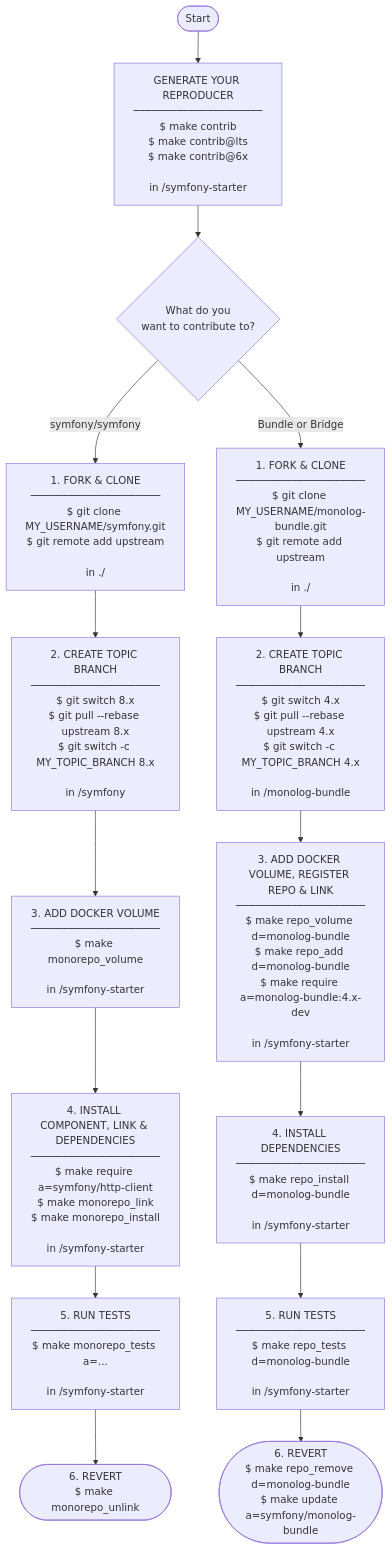
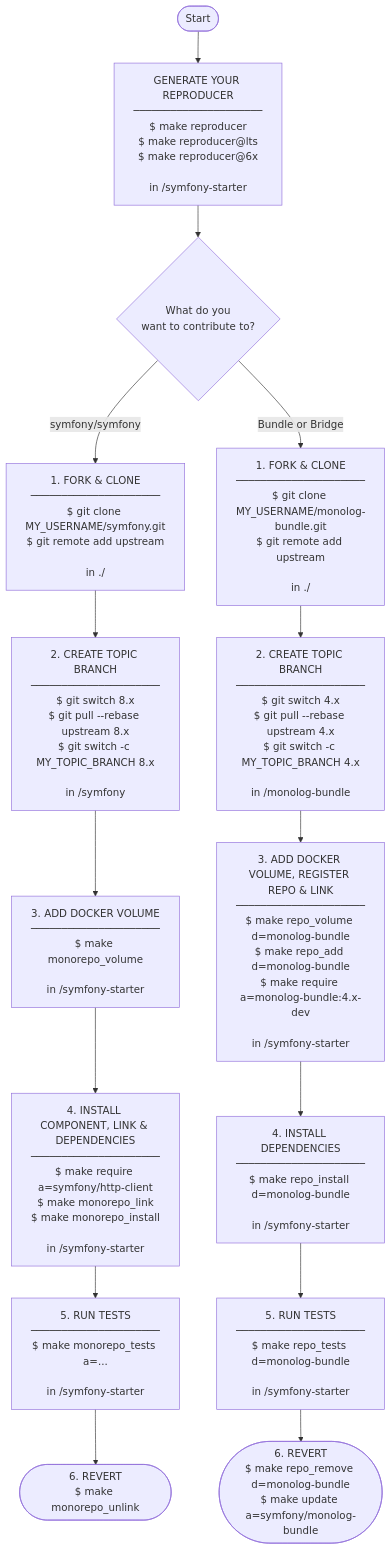
The diagram in .starter/docs/contrib.md (jprivet-dev/symfony-starter), drawn with Mermaid before and after one commit. The commit also changed other lines of this file and 6 other files, not shown here.

Commit message:
feat(mk): use reproducer instead of contrib name

````diff
--- a/.starter/docs/contrib.md
+++ b/.starter/docs/contrib.md
@@ -238,32 +238,32 @@
 ```mermaid
 flowchart TD
   START([Start]) --> REPRODUCER
-  REPRODUCER["GENERATE YOUR REPRODUCER\n─────────────────────\n$ make contrib\n$ make contrib@lts\n$ make contrib@6x\n\nin /symfony-starter"]
+  REPRODUCER["GENERATE YOUR REPRODUCER\n─────────────────────\n$ make reproducer\n$ make reproducer@lts\n$ make reproducer@6x\n\nin /symfony-starter"]
   REPRODUCER --> CHOICE{What do you\nwant to contribute to?}
   CHOICE -->|symfony/symfony| M1
   CHOICE -->|Bundle or Bridge| B1
 %% ── MONOREPO WORKFLOW ──────────────────────────────────────
   M1["1. FORK & CLONE\n─────────────────────\n$ git clone MY_USERNAME/symfony.git\n$ git remote add upstream\n\nin ./"]
   M1 --> M2
   M2["2. CREATE TOPIC BRANCH\n─────────────────────\n$ git switch 8.x\n$ git pull --rebase upstream 8.x\n$ git switch -c MY_TOPIC_BRANCH 8.x\n\nin /symfony"]
   M2 --> M3
   M3["3. ADD DOCKER VOLUME\n─────────────────────\n$ make monorepo_volume\n\nin /symfony-starter"]
   M3 --> M4
   M4["4. INSTALL COMPONENT, LINK & DEPENDENCIES\n─────────────────────\n$ make require a=symfony/http-client\n$ make monorepo_link\n$ make monorepo_install\n\nin /symfony-starter"]
   M4 --> M5
   M5["5. RUN TESTS\n─────────────────────\n$ make monorepo_tests a=...\n\nin /symfony-starter"]
   M5 --> M6
   M6(["6. REVERT\n$ make monorepo_unlink"])
 %% ── BUNDLE WORKFLOW ────────────────────────────────────────
   B1["1. FORK & CLONE\n─────────────────────\n$ git clone MY_USERNAME/monolog-bundle.git\n$ git remote add upstream\n\nin ./"]
   B1 --> B2
   B2["2. CREATE TOPIC BRANCH\n─────────────────────\n$ git switch 4.x\n$ git pull --rebase upstream 4.x\n$ git switch -c MY_TOPIC_BRANCH 4.x\n\nin /monolog-bundle"]
   B2 --> B3
   B3["3. ADD DOCKER VOLUME, REGISTER REPO & LINK\n─────────────────────\n$ make repo_volume d=monolog-bundle\n$ make repo_add d=monolog-bundle\n$ make require a=monolog-bundle:4.x-dev\n\nin /symfony-starter"]
   B3 --> B4
   B4["4. INSTALL DEPENDENCIES\n─────────────────────\n$ make repo_install d=monolog-bundle\n\nin /symfony-starter"]
   B4 --> B5
   B5["5. RUN TESTS\n─────────────────────\n$ make repo_tests d=monolog-bundle\n\nin /symfony-starter"]
   B5 --> B6
   B6(["6. REVERT\n$ make repo_remove d=monolog-bundle\n$ make update a=symfony/monolog-bundle"])
 ```
````
